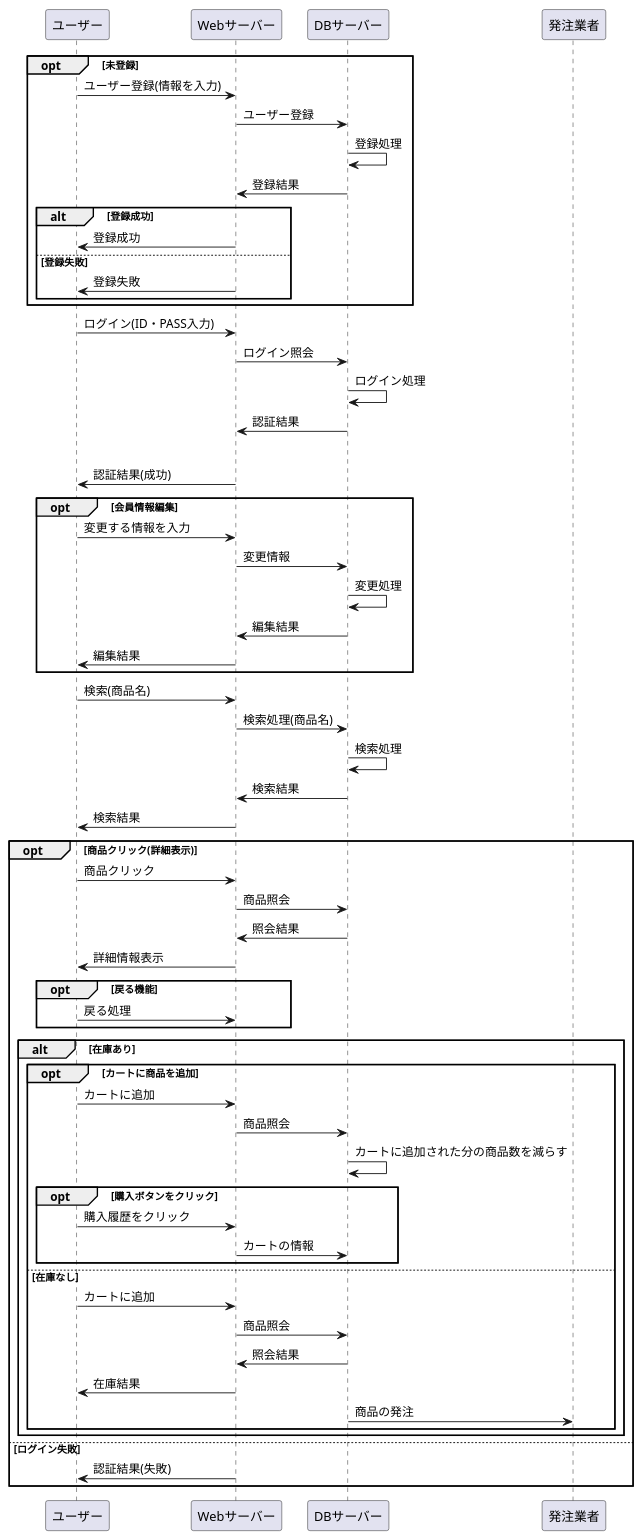
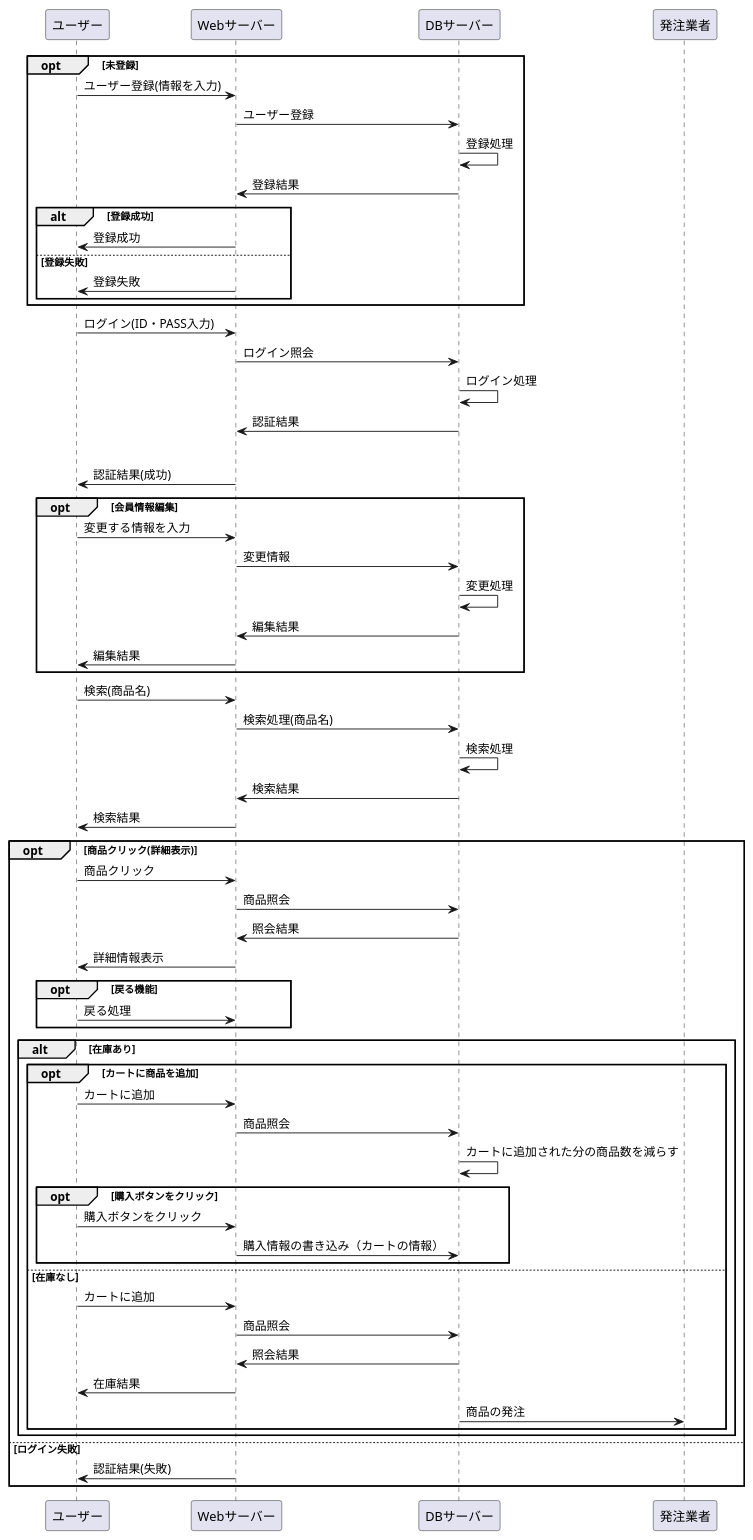
The diagram in 設計書/02_業務フロー/Business-Flow.md (Aso2001227/Aso-Sports-1), drawn with PlantUML before and after one commit. The commit also changed other lines of this file, not shown here.

````diff
--- a/設計書/02_業務フロー/Business-Flow.md
+++ b/設計書/02_業務フロー/Business-Flow.md
@@ -1,68 +1,82 @@
 ```uml
 @startuml
 opt 未登録
 ユーザー -> Webサーバー : ユーザー登録(情報を入力)
 Webサーバー -> DBサーバー : ユーザー登録
 DBサーバー -> DBサーバー : 登録処理
 DBサーバー -> Webサーバー : 登録結果
 
+ 
+
 alt 登録成功
 Webサーバー -> ユーザー : 登録成功
 else 登録失敗
 Webサーバー -> ユーザー : 登録失敗
 end
 end
 
+ 
+
 ユーザー -> Webサーバー : ログイン(ID・PASS入力)
 Webサーバー -> DBサーバー : ログイン照会
 DBサーバー -> DBサーバー : ログイン処理
 DBサーバー -> Webサーバー : 認証結果
 
+ 
+
 alt ログイン成功
 Webサーバー -> ユーザー : 認証結果(成功)
+
+ 
 
 opt 会員情報編集
 ユーザー -> Webサーバー : 変更する情報を入力
 Webサーバー -> DBサーバー :変更情報
 DBサーバー -> DBサーバー : 変更処理
 DBサーバー -> Webサーバー : 編集結果
 Webサーバー -> ユーザー : 編集結果
 end
 
+ 
+
 ユーザー -> Webサーバー : 検索(商品名)
 Webサーバー -> DBサーバー : 検索処理(商品名)
 DBサーバー -> DBサーバー : 検索処理
 DBサーバー -> Webサーバー : 検索結果
 Webサーバー -> ユーザー : 検索結果
+
+ 
 
 opt 商品クリック(詳細表示)
 ユーザー -> Webサーバー : 商品クリック
 Webサーバー -> DBサーバー : 商品照会
 DBサーバー -> Webサーバー : 照会結果
 Webサーバー -> ユーザー : 詳細情報表示
 opt 戻る機能
 ユーザー -> Webサーバー : 戻る処理
 end
 alt 在庫あり
 opt カートに商品を追加
 ユーザー -> Webサーバー : カートに追加
 Webサーバー -> DBサーバー : 商品照会
 DBサーバー -> DBサーバー : カートに追加された分の商品数を減らす
 opt 購入ボタンをクリック
-ユーザー -> Webサーバー : 購入履歴をクリック
-Webサーバー -> DBサーバー :カートの情報
+ユーザー -> Webサーバー : 購入ボタンをクリック
+Webサーバー -> DBサーバー :購入情報の書き込み（カートの情報）
 end
 else 在庫なし
 ユーザー -> Webサーバー : カートに追加
 Webサーバー -> DBサーバー : 商品照会
 DBサーバー -> Webサーバー : 照会結果
 Webサーバー -> ユーザー : 在庫結果
 DBサーバー -> 発注業者 : 商品の発注
 end
 
+ 
+
 end
 else ログイン失敗
 Webサーバー -> ユーザー : 認証結果(失敗)
 end
 @enduml
 ```
````
